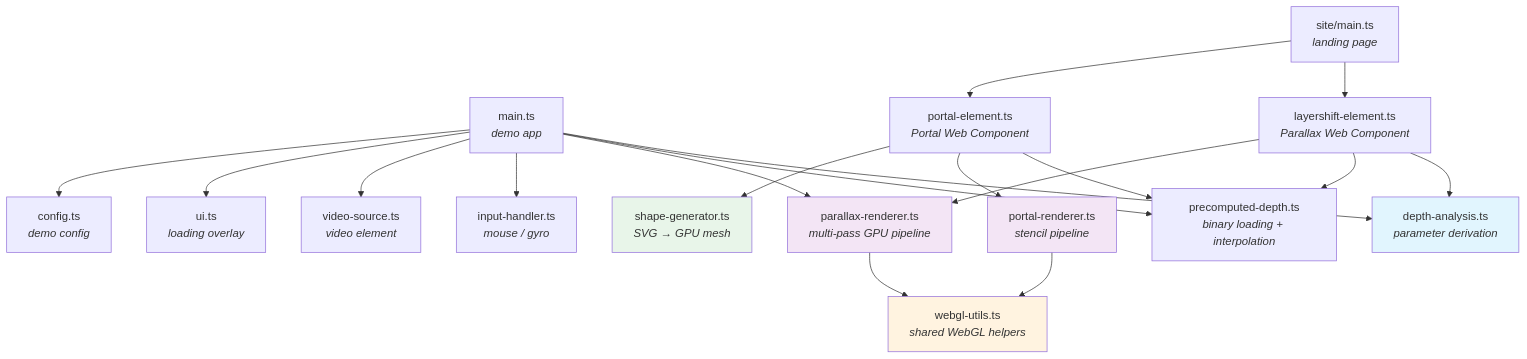
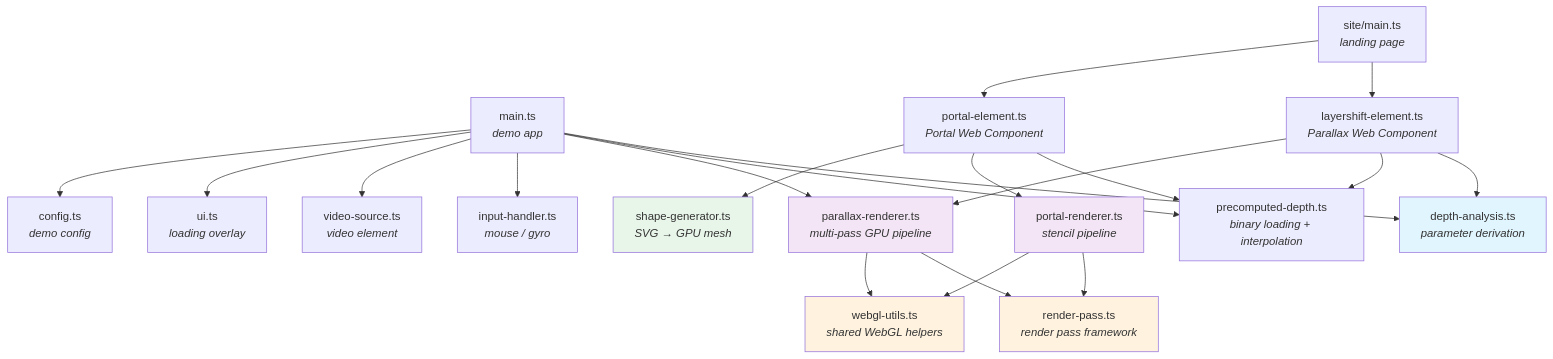
One commit to jeremysykes/layershift changed the second of 2 diagrams in docs/diagrams/system-architecture.md. Above: the diagram before and after it, drawn with Mermaid. The commit also changed 6 other files, not shown here.

First line of the commit message:
perf: introduce shared render pass framework for compositing and effect stacking

````diff
--- a/docs/diagrams/system-architecture.md
+++ b/docs/diagrams/system-architecture.md
@@ -51,46 +51,50 @@
 ```mermaid
 graph TD
     MAIN["main.ts<br/><i>demo app</i>"]
     SITE["site/main.ts<br/><i>landing page</i>"]
     ELEMENT["layershift-element.ts<br/><i>Parallax Web Component</i>"]
     PORTAL_EL["portal-element.ts<br/><i>Portal Web Component</i>"]
 
     DA["depth-analysis.ts<br/><i>parameter derivation</i>"]
     PD["precomputed-depth.ts<br/><i>binary loading + interpolation</i>"]
     PR["parallax-renderer.ts<br/><i>multi-pass GPU pipeline</i>"]
     PTR["portal-renderer.ts<br/><i>stencil pipeline</i>"]
+    RP["render-pass.ts<br/><i>render pass framework</i>"]
     WU["webgl-utils.ts<br/><i>shared WebGL helpers</i>"]
     SG["shape-generator.ts<br/><i>SVG → GPU mesh</i>"]
     IH["input-handler.ts<br/><i>mouse / gyro</i>"]
     VS["video-source.ts<br/><i>video element</i>"]
     UI["ui.ts<br/><i>loading overlay</i>"]
     CFG["config.ts<br/><i>demo config</i>"]
 
     MAIN --> DA
     MAIN --> PD
     MAIN --> PR
     MAIN --> IH
     MAIN --> VS
     MAIN --> UI
     MAIN --> CFG
 
     ELEMENT --> DA
     ELEMENT --> PD
     ELEMENT --> PR
 
     PORTAL_EL --> PD
     PORTAL_EL --> PTR
     PORTAL_EL --> SG
 
+    PR --> RP
     PR --> WU
+    PTR --> RP
     PTR --> WU
 
     SITE --> ELEMENT
     SITE --> PORTAL_EL
 
     style DA fill:#e1f5fe
     style PR fill:#f3e5f5
     style PTR fill:#f3e5f5
+    style RP fill:#fff3e0
     style WU fill:#fff3e0
     style SG fill:#e8f5e9
 ```
````
